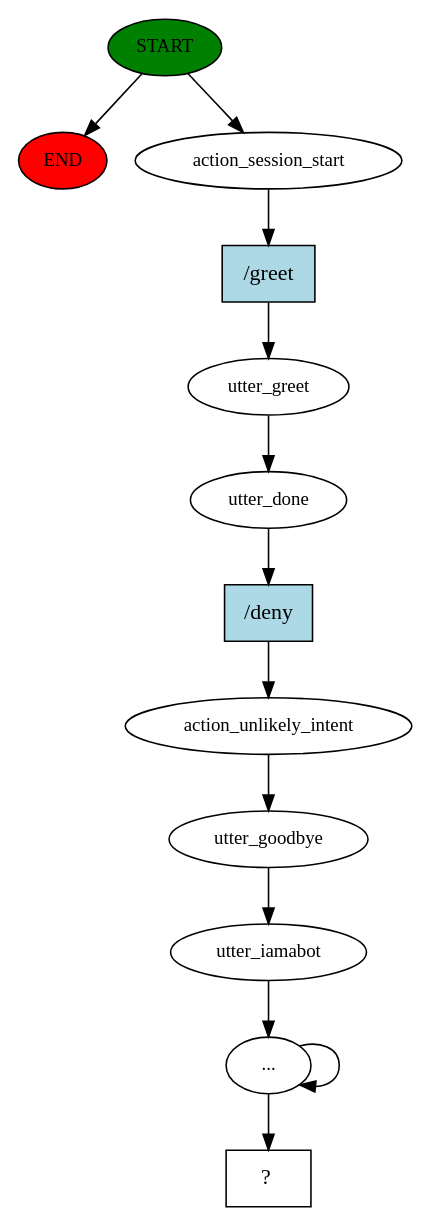
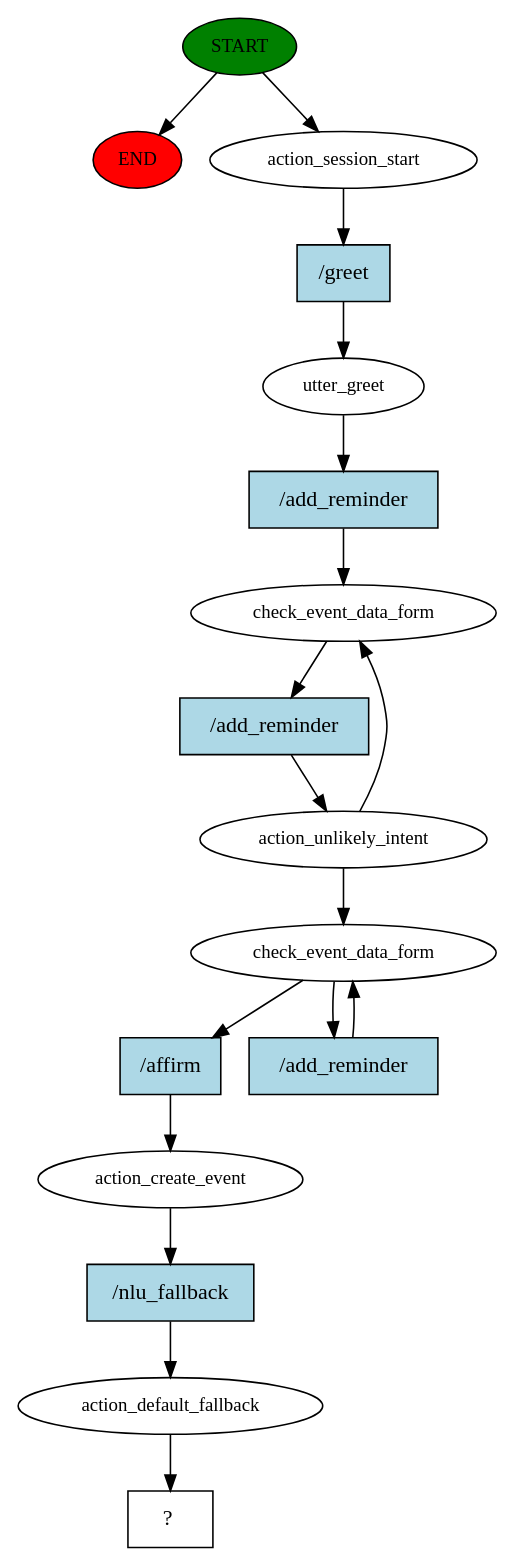
The diagram in rasa-assistant/story_graph.dot (BernardoLeandro1/PI), drawn with Graphviz before and after one commit. The commit also changed 624 other files, not shown here.

```diff
--- a/rasa-assistant/story_graph.dot
+++ b/rasa-assistant/story_graph.dot
@@ -1,26 +1,35 @@
 digraph  {
 0 [class="start active", fillcolor=green, fontsize=12, label=START, style=filled];
 "-1" [class=end, fillcolor=red, fontsize=12, label=END, style=filled];
 1 [class=active, fontsize=12, label=action_session_start];
 2 [class=active, fontsize=12, label=utter_greet];
-3 [class=active, fontsize=12, label=utter_done];
+3 [class=active, fontsize=12, label=check_event_data_form];
 4 [class=active, fontsize=12, label=action_unlikely_intent];
-5 [class=active, fontsize=12, label=utter_goodbye];
-6 [class=active, fontsize=12, label=utter_iamabot];
-7 [class=active, fontsize=12, label="..."];
-9 [class="intent dashed active", label="  ?  ", shape=rect];
-10 [class="intent active", fillcolor=lightblue, label="/greet", shape=rect, style=filled];
-11 [class="intent active", fillcolor=lightblue, label="/deny", shape=rect, style=filled];
+7 [class=active, fontsize=12, label=check_event_data_form];
+9 [class=active, fontsize=12, label=action_create_event];
+10 [class=active, fontsize=12, label=action_default_fallback];
+11 [class="intent dashed active", label="  ?  ", shape=rect];
+12 [class="intent active", fillcolor=lightblue, label="/greet", shape=rect, style=filled];
+13 [class="intent active", fillcolor=lightblue, label="/add_reminder", shape=rect, style=filled];
+14 [class="intent active", fillcolor=lightblue, label="/add_reminder", shape=rect, style=filled];
+15 [class="intent active", fillcolor=lightblue, label="/affirm", shape=rect, style=filled];
+16 [class="intent active", fillcolor=lightblue, label="/add_reminder", shape=rect, style=filled];
+17 [class="intent active", fillcolor=lightblue, label="/nlu_fallback", shape=rect, style=filled];
 0 -> "-1"  [class="", key=NONE, label=""];
 0 -> 1  [class=active, key=NONE, label=""];
-1 -> 10  [class=active, key=0];
-2 -> 3  [class=active, key=NONE, label=""];
-3 -> 11  [class=active, key=0];
-4 -> 5  [class=active, key=NONE, label=""];
-5 -> 6  [class=active, key=NONE, label=""];
-6 -> 7  [class=active, key=NONE, label=""];
-7 -> 9  [class=active, key=NONE, label=""];
-7 -> 7  [class=active, key=NONE, label=""];
-10 -> 2  [class=active, key=0];
-11 -> 4  [class=active, key=0];
+1 -> 12  [class=active, key=0];
+2 -> 13  [class=active, key=0];
+3 -> 14  [class=active, key=0];
+4 -> 3  [class=active, key=NONE, label=""];
+4 -> 7  [class=active, key=NONE, label=""];
+7 -> 15  [class=active, key=0];
+7 -> 16  [class=active, key=0];
+9 -> 17  [class=active, key=0];
+10 -> 11  [class=active, key=NONE, label=""];
+12 -> 2  [class=active, key=0];
+13 -> 3  [class=active, key=0];
+14 -> 4  [class=active, key=0];
+15 -> 9  [class=active, key=0];
+16 -> 7  [class=active, key=0];
+17 -> 10  [class=active, key=0];
 }
```
